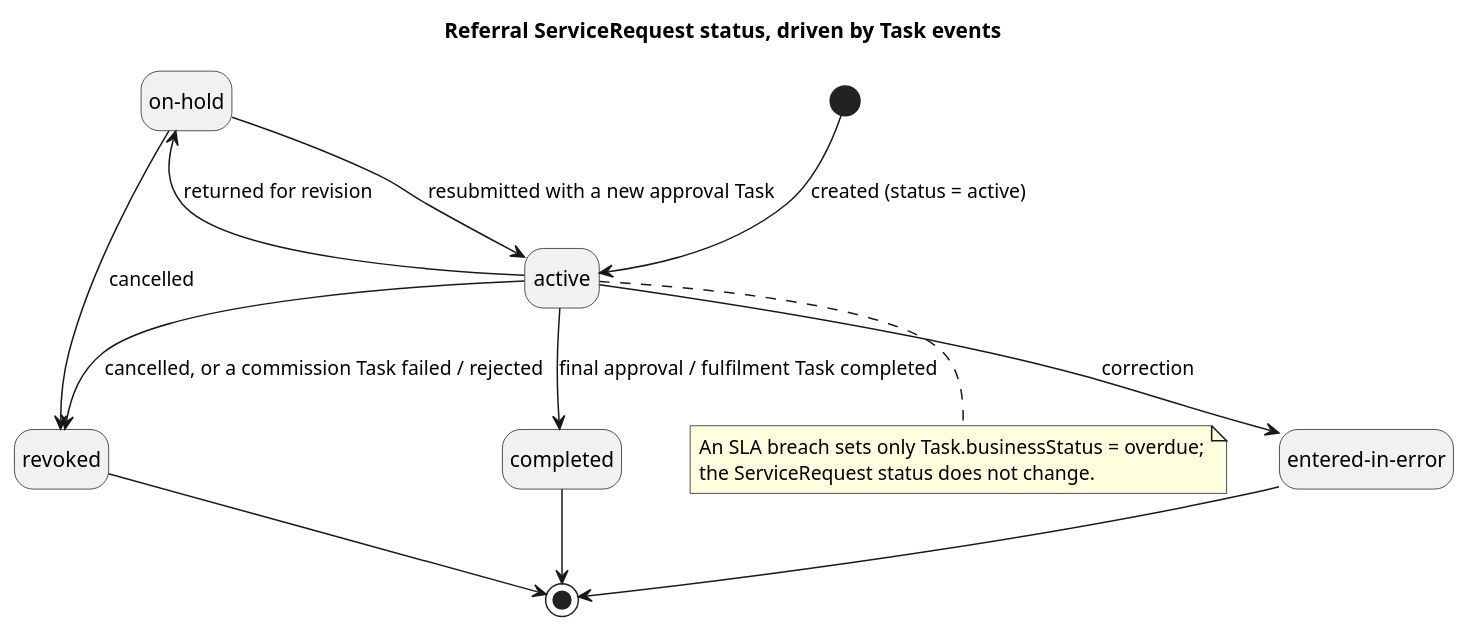
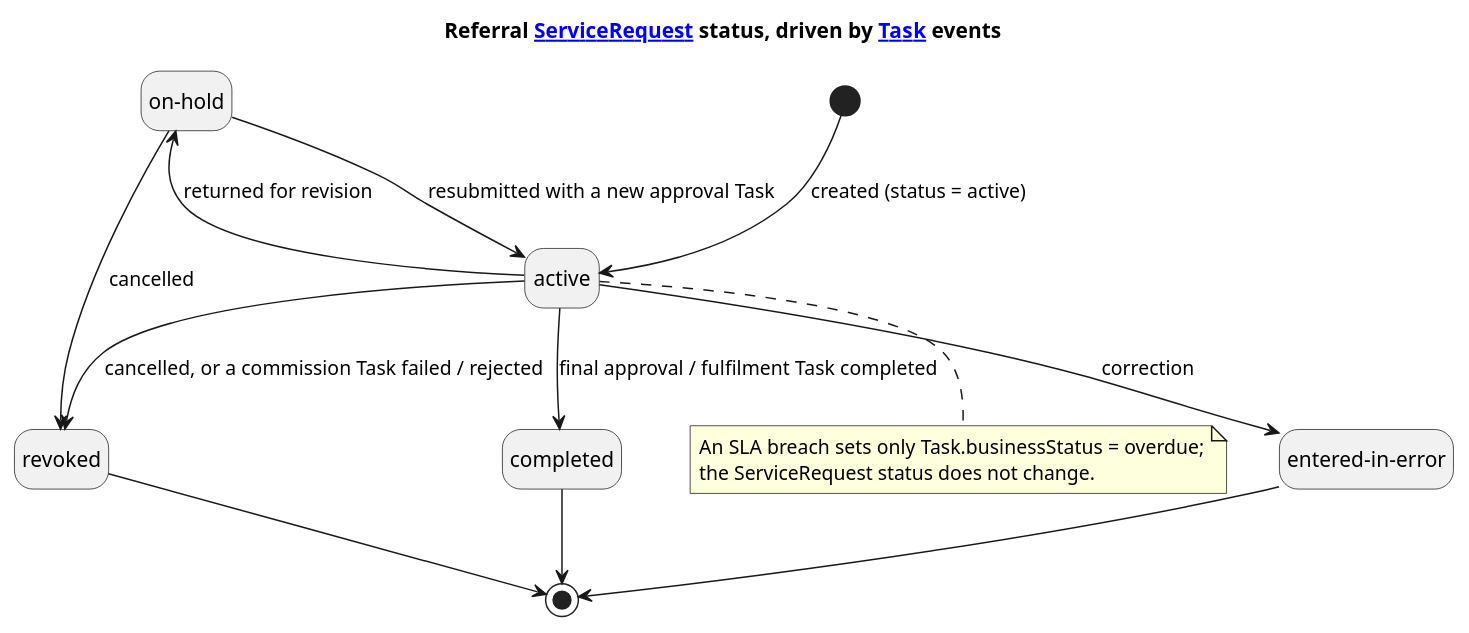
Before and after one commit to uzinfocom-org/digital-health-ig: the diagram in input/images-source/referral-states.plantuml, drawn with PlantUML. The commit also changed 8 other files, not shown here.

Commit message:
Link every resource's first mention in flow diagrams (#434)

```diff
--- a/input/images-source/referral-states.plantuml
+++ b/input/images-source/referral-states.plantuml
@@ -1,23 +1,23 @@
 @startuml referral-states
-title Referral ServiceRequest status, driven by Task events
+title Referral [[StructureDefinition-uz-core-servicerequest.html ServiceRequest]] status, driven by [[StructureDefinition-uz-core-referral-approval-task.html Task]] events
 hide empty description
 
 state "on-hold" as onhold
 state "entered-in-error" as eie
 
 [*] --> active : created (status = active)
 active --> onhold : returned for revision
 onhold --> active : resubmitted with a new approval Task
 active --> completed : final approval / fulfilment Task completed
 active --> revoked : cancelled, or a commission Task failed / rejected
 onhold --> revoked : cancelled
 active --> eie : correction
 completed --> [*]
 revoked --> [*]
 eie --> [*]
 
 note bottom of active
   An SLA breach sets only Task.businessStatus = overdue;
   the ServiceRequest status does not change.
 end note
 @enduml
```
